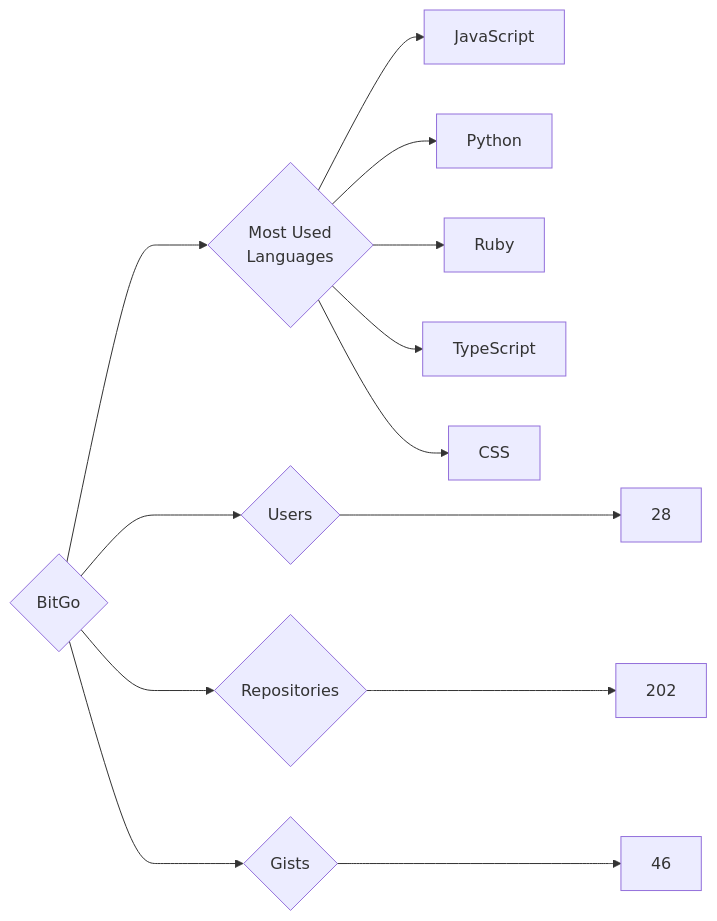
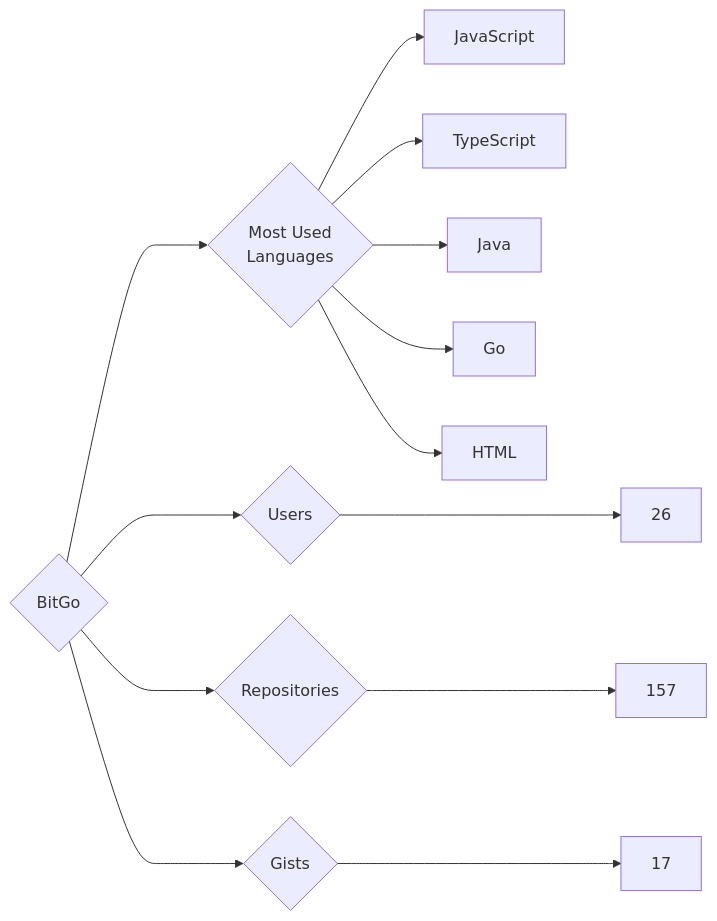
The diagram in targets/BitGo/README.md (trickest/insiders), drawn with Mermaid before and after one commit. The commit also changed 1084 other files, not shown here.

````diff
--- a/targets/BitGo/README.md
+++ b/targets/BitGo/README.md
@@ -3,13 +3,13 @@
 ```mermaid
 graph LR
 COMPANY_NAME{BitGo}
-COMPANY_NAME ---> U{Users} ---> UN[28]
-COMPANY_NAME ---> R{Repositories} ---> RN[202]
-COMPANY_NAME ---> G{Gists} ---> GN[46]
+COMPANY_NAME ---> U{Users} ---> UN[26]
+COMPANY_NAME ---> R{Repositories} ---> RN[157]
+COMPANY_NAME ---> G{Gists} ---> GN[17]
 COMPANY_NAME ---> ML{Most Used<br>Languages}
 ML --> JavaScript[JavaScript]
-ML --> Python[Python]
-ML --> Ruby[Ruby]
 ML --> TypeScript[TypeScript]
-ML --> CSS[CSS]
+ML --> Java[Java]
+ML --> Go[Go]
+ML --> HTML[HTML]
 ```
````
